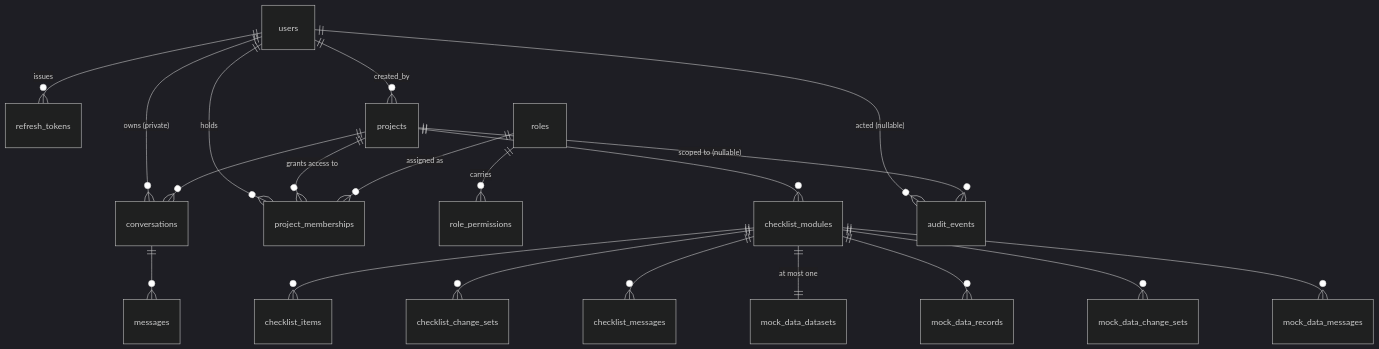
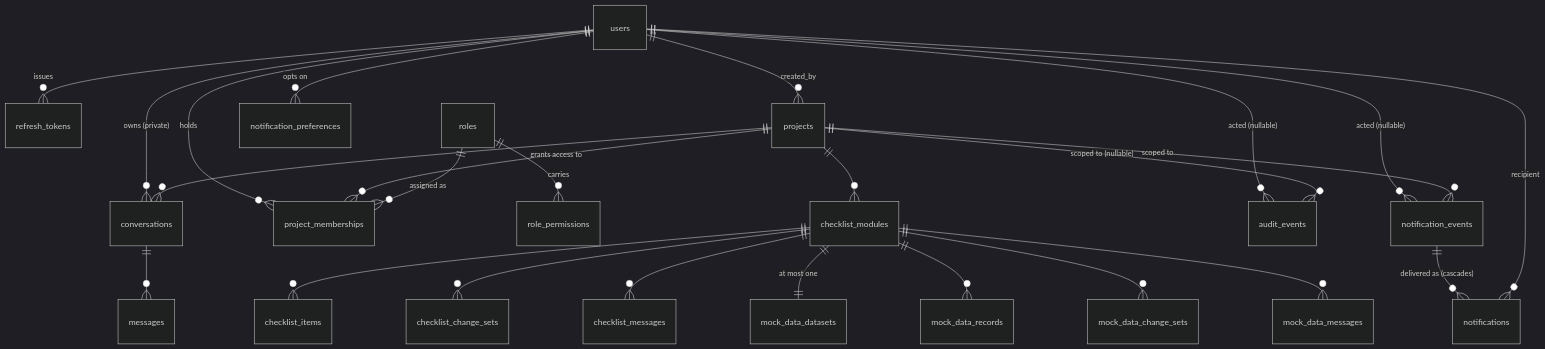
One commit to aolus-software/ask-repo changed the first of 2 diagrams in docs/data.md. Above: the diagram before and after it, drawn with Mermaid (dark theme). The commit also changed other lines of this file and 21 other files, not shown here.

````diff
--- a/docs/data.md
+++ b/docs/data.md
@@ -42,22 +46,27 @@
 ```mermaid
 erDiagram
     users ||--o{ refresh_tokens : "issues"
     users ||--o{ projects : "created_by"
     users ||--o{ conversations : "owns (private)"
     users ||--o{ project_memberships : "holds"
     projects ||--o{ project_memberships : "grants access to"
     roles ||--o{ project_memberships : "assigned as"
     roles ||--o{ role_permissions : "carries"
     projects ||--o{ conversations : ""
     projects ||--o{ checklist_modules : ""
     conversations ||--o{ messages : ""
     checklist_modules ||--o{ checklist_items : ""
     checklist_modules ||--o{ checklist_change_sets : ""
     checklist_modules ||--o{ checklist_messages : ""
     checklist_modules ||--|| mock_data_datasets : "at most one"
     checklist_modules ||--o{ mock_data_records : ""
     checklist_modules ||--o{ mock_data_change_sets : ""
     checklist_modules ||--o{ mock_data_messages : ""
     users ||--o{ audit_events : "acted (nullable)"
     projects ||--o{ audit_events : "scoped to (nullable)"
+    users ||--o{ notification_events : "acted (nullable)"
+    projects ||--o{ notification_events : "scoped to"
+    notification_events ||--o{ notifications : "delivered as (cascades)"
+    users ||--o{ notifications : "recipient"
+    users ||--o{ notification_preferences : "opts on"
 ```
````
